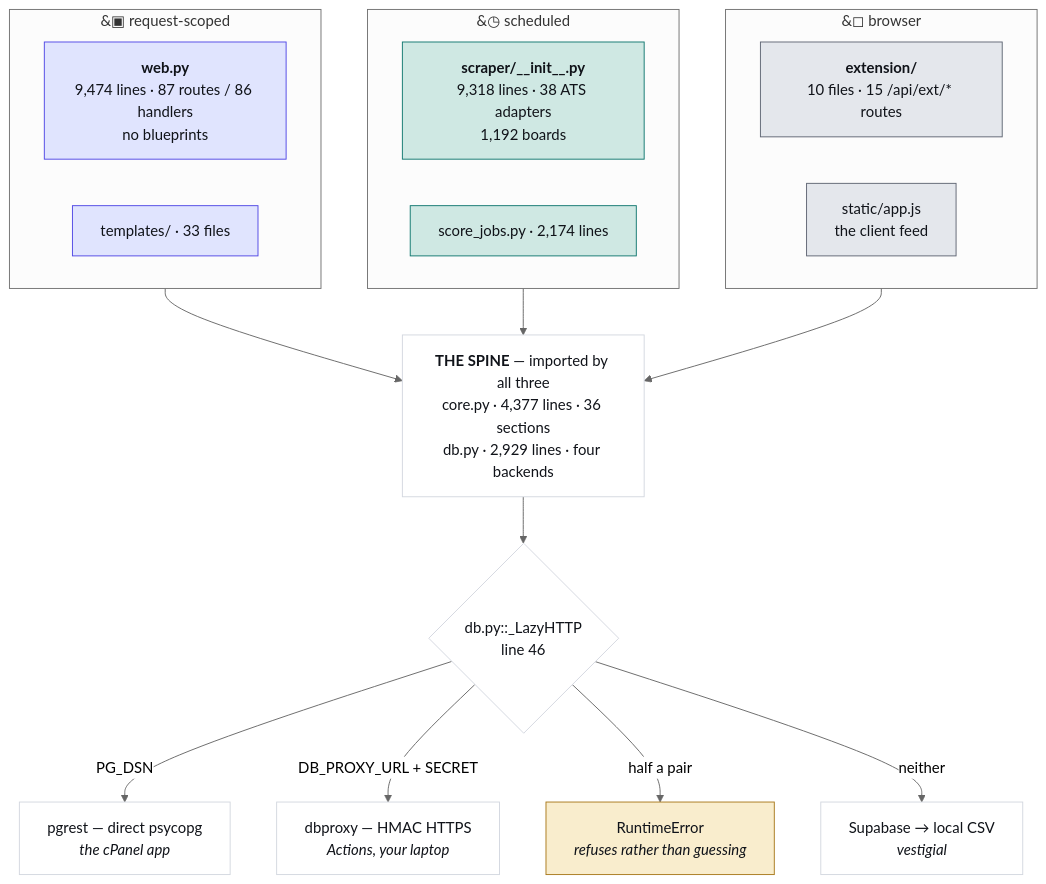
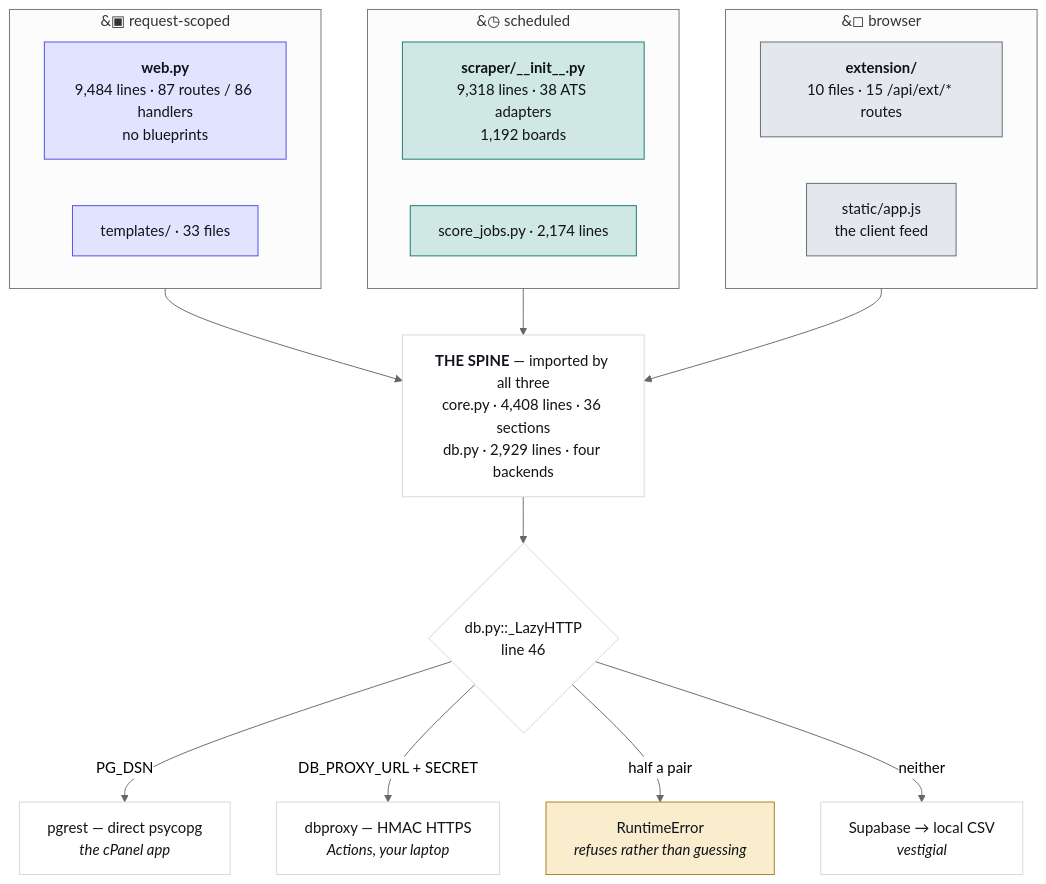
The first of 4 diagrams in JobMatch Scraper/docs/ARCHITECTURE.md (hadakunal909-debug/job-search-tool), drawn with Mermaid (neutral theme) before and after one commit. The commit also changed other lines of this file and 13 other files, not shown here.

````diff
--- a/JobMatch Scraper/docs/ARCHITECTURE.md
+++ b/JobMatch Scraper/docs/ARCHITECTURE.md
@@ -45,34 +45,34 @@
 ```mermaid
 flowchart TB
   subgraph REQ["&#9635; request-scoped"]
-    W["<b>web.py</b><br/>9,474 lines · 87 routes / 86 handlers<br/>no blueprints"]
+    W["<b>web.py</b><br/>9,484 lines · 87 routes / 86 handlers<br/>no blueprints"]
     T["templates/ · 33 files"]
   end
   subgraph SCH["&#9719; scheduled"]
     S["<b>scraper/__init__.py</b><br/>9,318 lines · 38 ATS adapters<br/>1,192 boards"]
     J["score_jobs.py · 2,174 lines"]
   end
   subgraph CLI["&#9723; browser"]
     E["<b>extension/</b><br/>10 files · 15 /api/ext/* routes"]
     A["static/app.js<br/>the client feed"]
   end
-  SPINE["<b>THE SPINE</b> — imported by all three<br/>core.py · 4,377 lines · 36 sections<br/>db.py · 2,929 lines · four backends"]
+  SPINE["<b>THE SPINE</b> — imported by all three<br/>core.py · 4,408 lines · 36 sections<br/>db.py · 2,929 lines · four backends"]
   REQ --> SPINE
   SCH --> SPINE
   CLI --> SPINE
   SPINE --> D{"db.py::_LazyHTTP<br/>line 46"}
   D -->|"PG_DSN"| P["pgrest — direct psycopg<br/><i>the cPanel app</i>"]
   D -->|"DB_PROXY_URL + SECRET"| X["dbproxy — HMAC HTTPS<br/><i>Actions, your laptop</i>"]
   D -->|"half a pair"| R["RuntimeError<br/><i>refuses rather than guessing</i>"]
   D -->|"neither"| V["Supabase → local CSV<br/><i>vestigial</i>"]
   classDef web fill:#e0e4fe,stroke:#4f46e5,color:#101319
   classDef sched fill:#cfe8e3,stroke:#0f766e,color:#101319
   classDef client fill:#e4e7ec,stroke:#5f6573,color:#101319
   classDef trap fill:#f9edcd,stroke:#a8781a,color:#101319
   classDef plain fill:#ffffff,stroke:#d3d7df,color:#101319
   class W,T web
   class S,J sched
   class E,A client
   class R trap
   class SPINE,D,P,X,V plain
 ```
````
